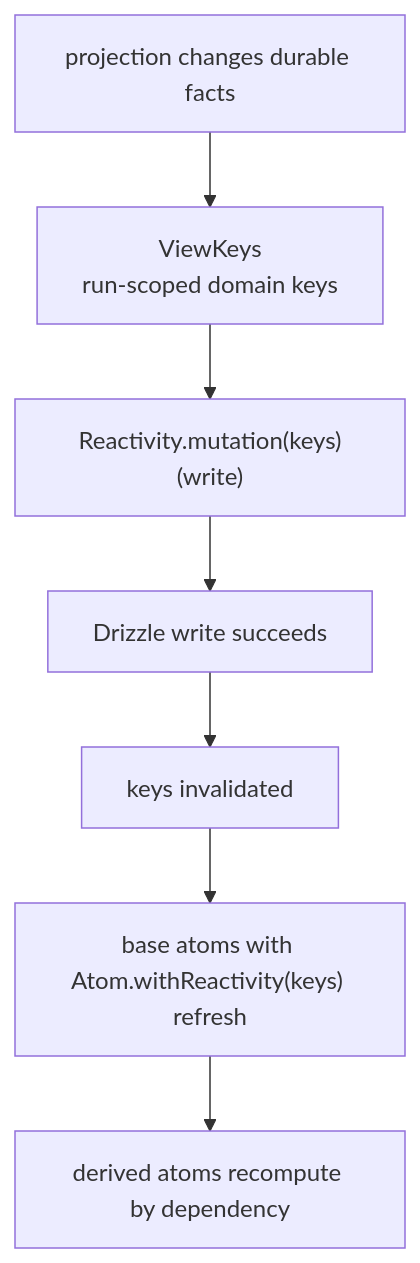
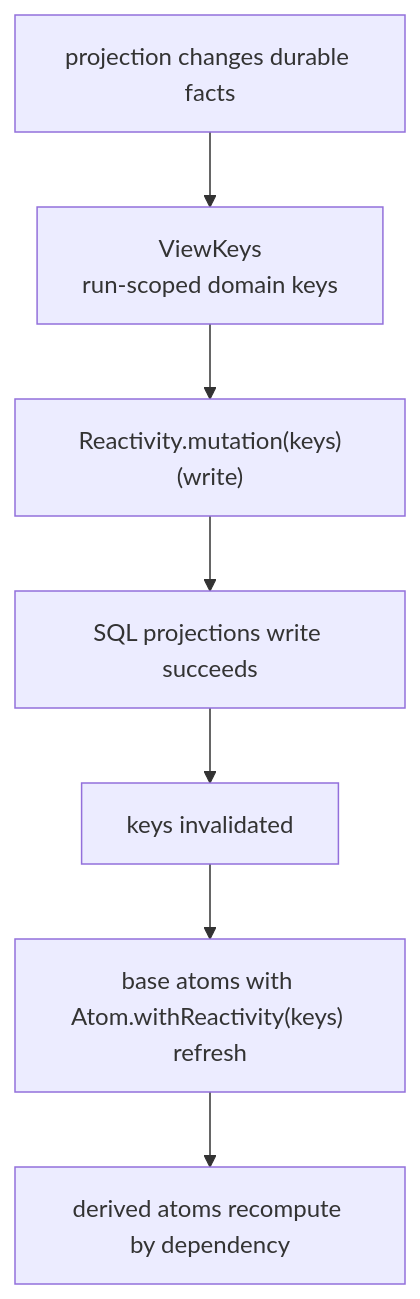
One commit to becker63/attune changed the sixth of 11 diagrams in docs/attuned/Attune Discovery v0 Architecture Model.md. Above: the diagram before and after it, drawn with Mermaid. The commit also changed other lines of this file and 320 other files, not shown here.

````diff
--- a/docs/attuned/Attune Discovery v0 Architecture Model.md
+++ b/docs/attuned/Attune Discovery v0 Architecture Model.md
@@ -254,9 +254,9 @@
 ```mermaid
 flowchart TD
   A["projection changes durable facts"] --> B["ViewKeys<br/>run-scoped domain keys"]
   B --> C["Reactivity.mutation(keys)(write)"]
-  C --> D["Drizzle write succeeds"]
+  C --> D["SQL projections write succeeds"]
   D --> E["keys invalidated"]
   E --> F["base atoms with Atom.withReactivity(keys) refresh"]
   F --> G["derived atoms recompute by dependency"]
 ```
````
